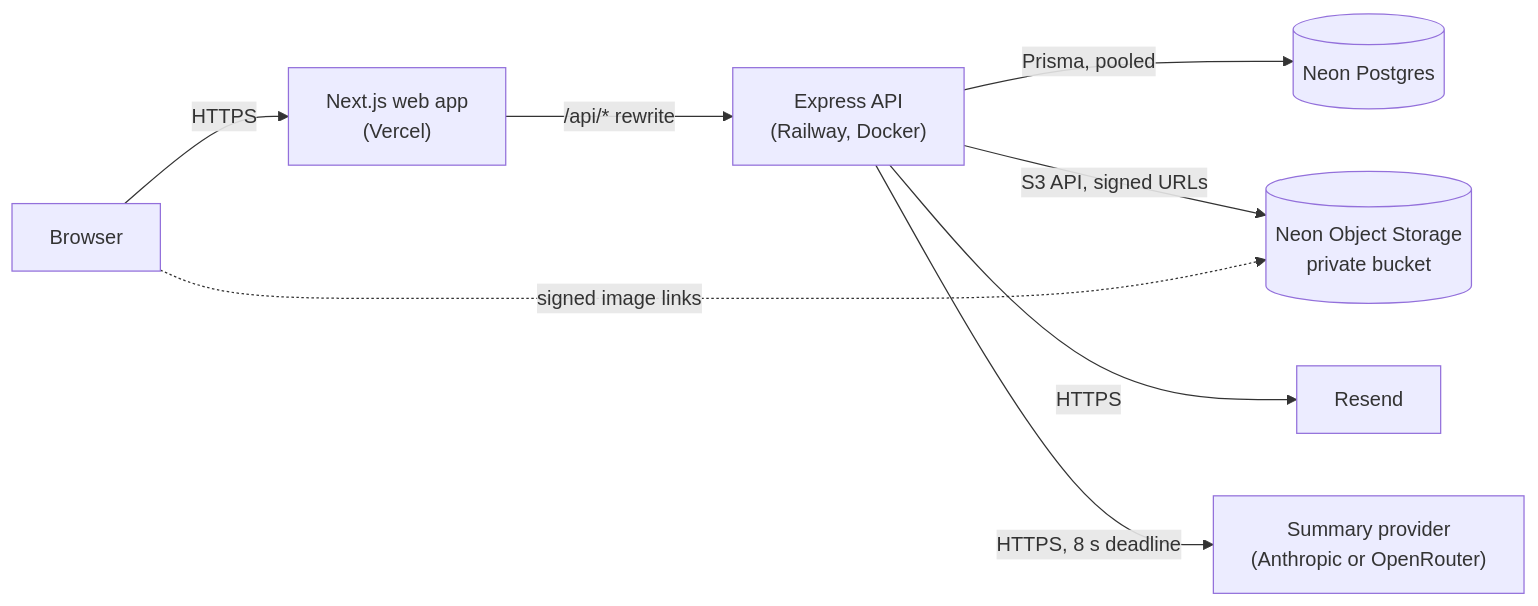
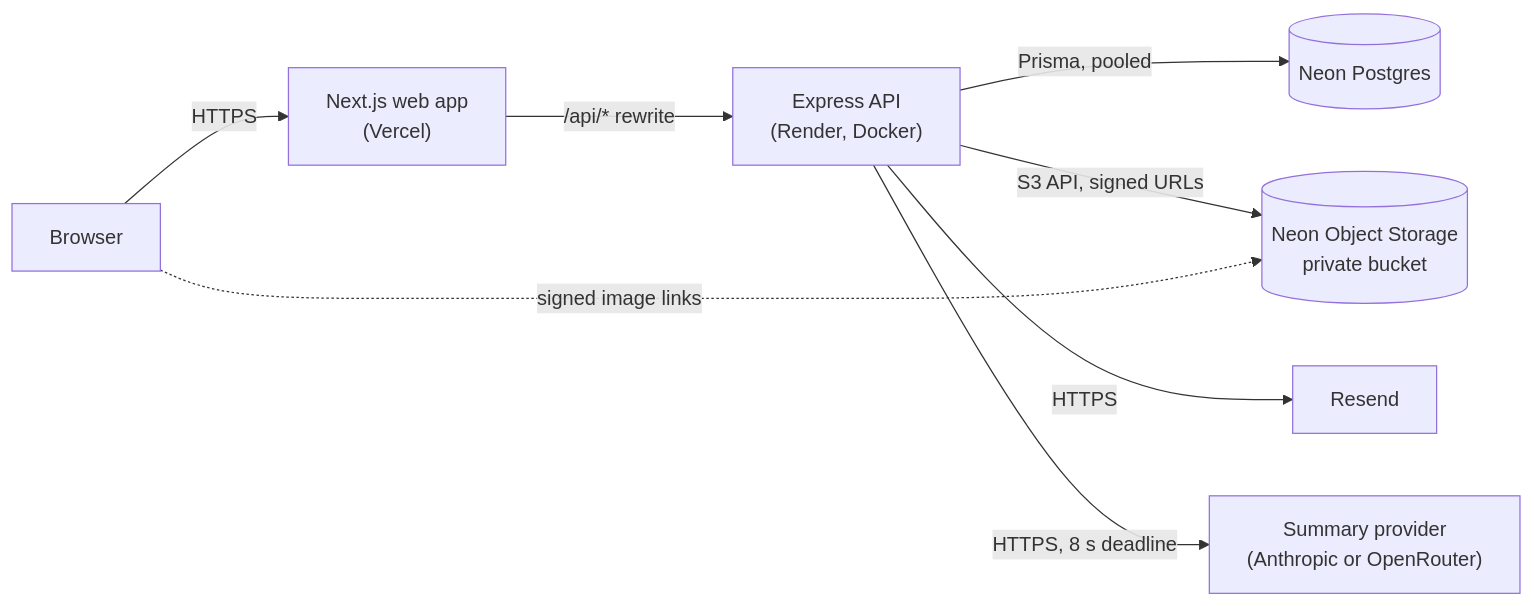
One commit to jubair-jx/travel-photo-journal changed the first of 2 diagrams in README.md. Above: the diagram before and after it, drawn with Mermaid. The commit also changed other lines of this file and 19 other files, not shown here.

````diff
--- a/README.md
+++ b/README.md
@@ -43,10 +55,10 @@
 ```mermaid
 flowchart LR
   Browser["Browser"] -->|"HTTPS"| Web["Next.js web app<br/>(Vercel)"]
-  Web -->|"/api/* rewrite"| API["Express API<br/>(Railway, Docker)"]
+  Web -->|"/api/* rewrite"| API["Express API<br/>(Render, Docker)"]
   API -->|"Prisma, pooled"| DB[("Neon Postgres")]
   API -->|"S3 API, signed URLs"| R2[("Neon Object Storage<br/>private bucket")]
   API -->|"HTTPS"| Mail["Resend"]
   API -->|"HTTPS, 8 s deadline"| Summaries["Summary provider<br/>(Anthropic or OpenRouter)"]
   Browser -.->|"signed image links"| R2
 ```
````
